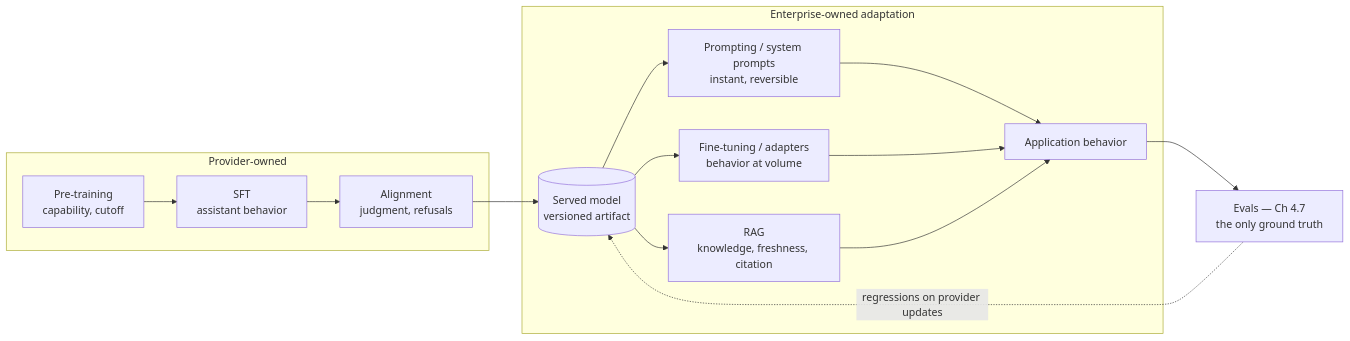
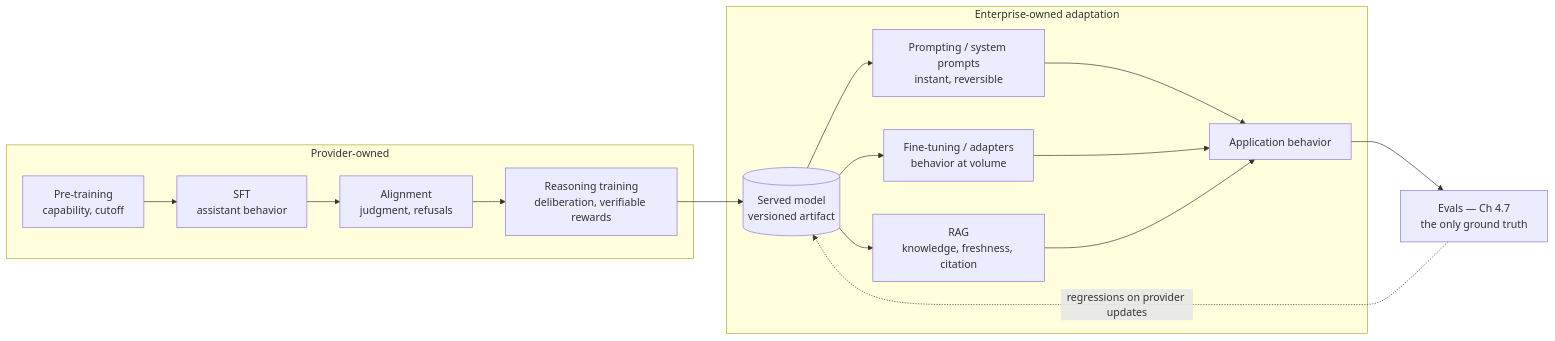
One commit to sivakrushna-works/GSAC changed the diagram in curriculum/part-2-artificial-intelligence/chapter-06-training-finetuning-alignment.md. Above: the diagram before and after it, drawn with Mermaid. The commit also changed other lines of this file and 4 other files, not shown here.

First line of the commit message:
Modernize LLM-mechanism chapters for the reasoning-model era

````diff
--- a/curriculum/part-2-artificial-intelligence/chapter-06-training-finetuning-alignment.md
+++ b/curriculum/part-2-artificial-intelligence/chapter-06-training-finetuning-alignment.md
@@ -67,16 +79,17 @@
 ```mermaid
 flowchart LR
     subgraph PROVIDER [Provider-owned]
         PT[Pre-training<br/>capability, cutoff] --> SFT1[SFT<br/>assistant behavior]
         SFT1 --> AL[Alignment<br/>judgment, refusals]
+        AL --> RT[Reasoning training<br/>deliberation, verifiable rewards]
     end
-    AL --> API[(Served model<br/>versioned artifact)]
+    RT --> API[(Served model<br/>versioned artifact)]
     subgraph ENTERPRISE [Enterprise-owned adaptation]
         API --> PRM[Prompting / system prompts<br/>instant, reversible]
         API --> FT[Fine-tuning / adapters<br/>behavior at volume]
         API --> RAGL[RAG<br/>knowledge, freshness, citation]
         PRM & FT & RAGL --> APP[Application behavior]
     end
     APP --> EV[Evals — Ch 4.7<br/>the only ground truth]
     EV -.regressions on provider updates.-> API
 ```
````
